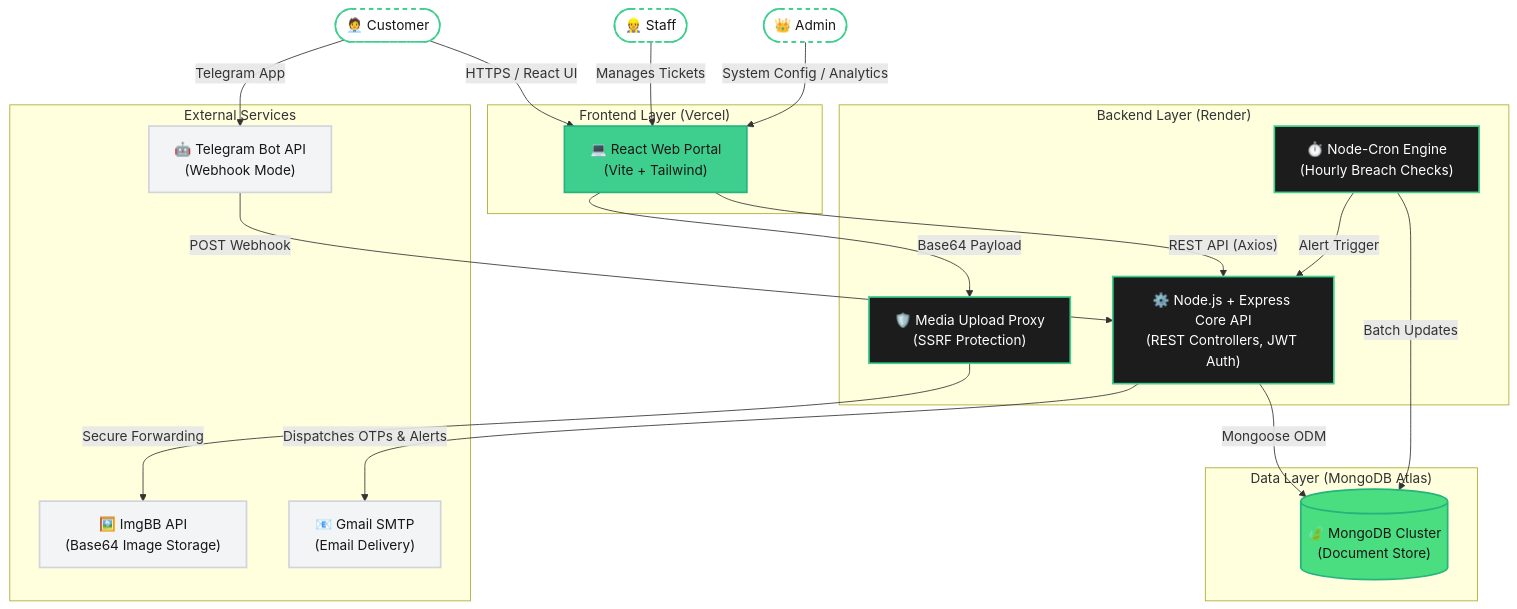
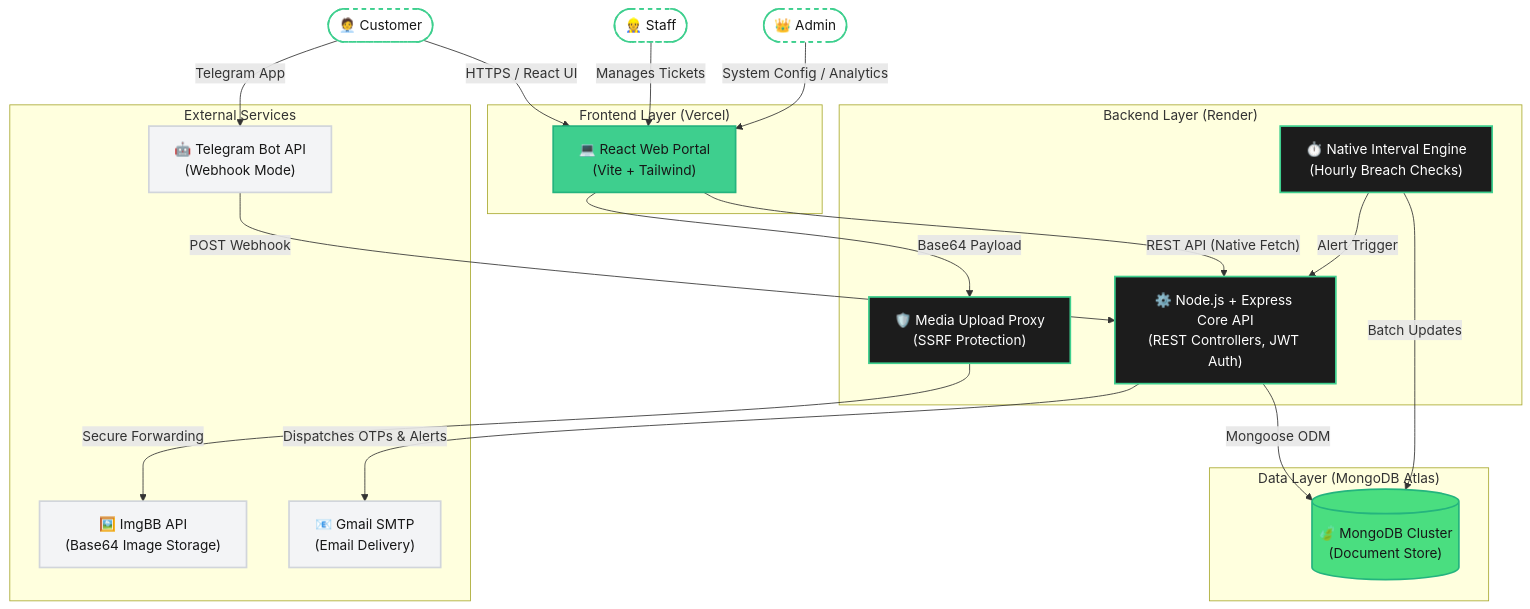
Before and after one commit to NotArsal/Solar-Customer-Grievance-Management-System: the first of 3 diagrams in docs/architecture.md, drawn with Mermaid. The commit also changed other lines of this file and 20 other files, not shown here.

````diff
--- a/docs/architecture.md
+++ b/docs/architecture.md
@@ -11,54 +11,54 @@
 ```mermaid
 graph TD
     %% Define Styles
     classDef frontend fill:#3ecf8e,stroke:#24b47e,stroke-width:2px,color:#171717;
     classDef backend fill:#1c1c1c,stroke:#3ecf8e,stroke-width:2px,color:#ffffff;
     classDef database fill:#4ade80,stroke:#24b47e,stroke-width:2px,color:#171717;
     classDef external fill:#f3f4f6,stroke:#d1d5db,stroke-width:2px,color:#171717;
     classDef user fill:#ffffff,stroke:#3ecf8e,stroke-width:2px,color:#171717,stroke-dasharray: 5 5;
 
     %% Actors
     Customer(["🧑‍💼 Customer"]):::user
     Staff(["👷 Staff"]):::user
     Admin(["👑 Admin"]):::user
 
     %% Frontend Layer
     subgraph Frontend ["Frontend Layer (Vercel)"]
         WebPortal["💻 React Web Portal<br/>(Vite + Tailwind)"]:::frontend
     end
 
     %% External Interfaces
     subgraph External ["External Services"]
         TelegramBot["🤖 Telegram Bot API<br/>(Webhook Mode)"]:::external
         ImgBB["🖼️ ImgBB API<br/>(Base64 Image Storage)"]:::external
         Nodemailer["📧 Gmail SMTP<br/>(Email Delivery)"]:::external
     end
 
     %% Backend Layer
     subgraph Backend ["Backend Layer (Render)"]
         NodeAPI["⚙️ Node.js + Express Core API<br/>(REST Controllers, JWT Auth)"]:::backend
-        SLAEngine["⏱️ Node-Cron Engine<br/>(Hourly Breach Checks)"]:::backend
+        SLAEngine["⏱️ Native Interval Engine<br/>(Hourly Breach Checks)"]:::backend
         UploadProxy["🛡️ Media Upload Proxy<br/>(SSRF Protection)"]:::backend
     end
 
     %% Data Layer
     subgraph Data ["Data Layer (MongoDB Atlas)"]
         MongoDB[("🍃 MongoDB Cluster<br/>(Document Store)")]:::database
     end
 
     %% Relationships
     Customer -- "HTTPS / React UI" --> WebPortal
     Customer -- "Telegram App" --> TelegramBot
     Staff -- "Manages Tickets" --> WebPortal
     Admin -- "System Config / Analytics" --> WebPortal
 
-    WebPortal -- "REST API (Axios)" --> NodeAPI
+    WebPortal -- "REST API (Native Fetch)" --> NodeAPI
     WebPortal -- "Base64 Payload" --> UploadProxy
     TelegramBot -- "POST Webhook" --> NodeAPI
 
     UploadProxy -- "Secure Forwarding" --> ImgBB
     NodeAPI -- "Dispatches OTPs & Alerts" --> Nodemailer
     NodeAPI -- "Mongoose ODM" --> MongoDB
     SLAEngine -- "Batch Updates" --> MongoDB
     SLAEngine -- "Alert Trigger" --> NodeAPI
 ```
````
